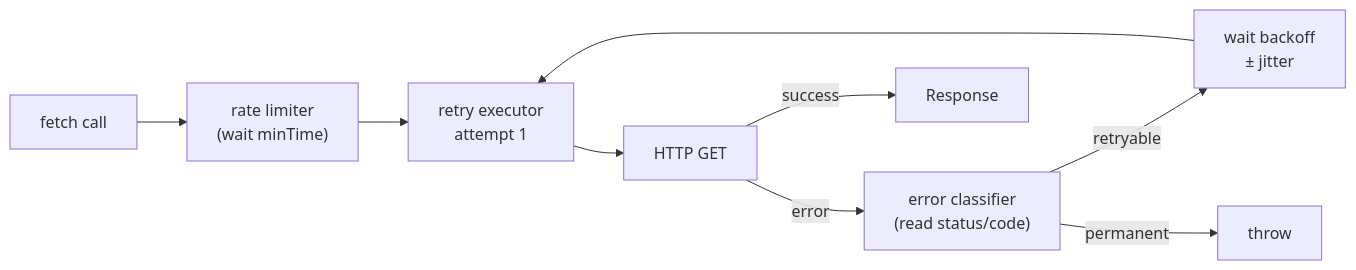
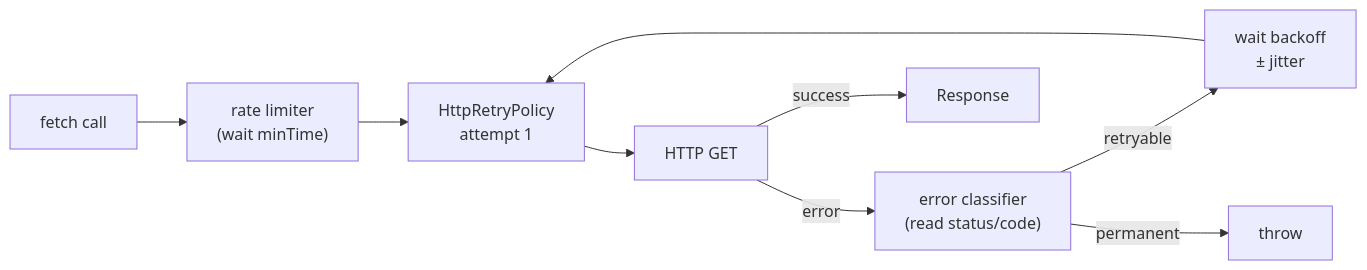
One commit to Studnicky/PathRipper changed diagram 19 of 19 in docs/architecture.md. Above: the diagram before and after it, drawn with Mermaid. The commit also changed other lines of this file and 52 other files, not shown here.

````diff
--- a/docs/architecture.md
+++ b/docs/architecture.md
@@ -253,15 +257,15 @@
 ```mermaid
 graph LR
     Request[fetch call] --> RateLimit["rate limiter
     (wait minTime)"]
-    RateLimit --> Retry["retry executor
+    RateLimit --> Retry["HttpRetryPolicy
     attempt 1"]
     Retry --> HTTP["HTTP GET"]
     HTTP -->|error| Classify["error classifier
     (read status/code)"]
     Classify -->|retryable| Wait["wait backoff
     ± jitter"]
     Wait --> Retry
     Classify -->|permanent| Throw[throw]
     HTTP -->|success| Response
 ```
````
